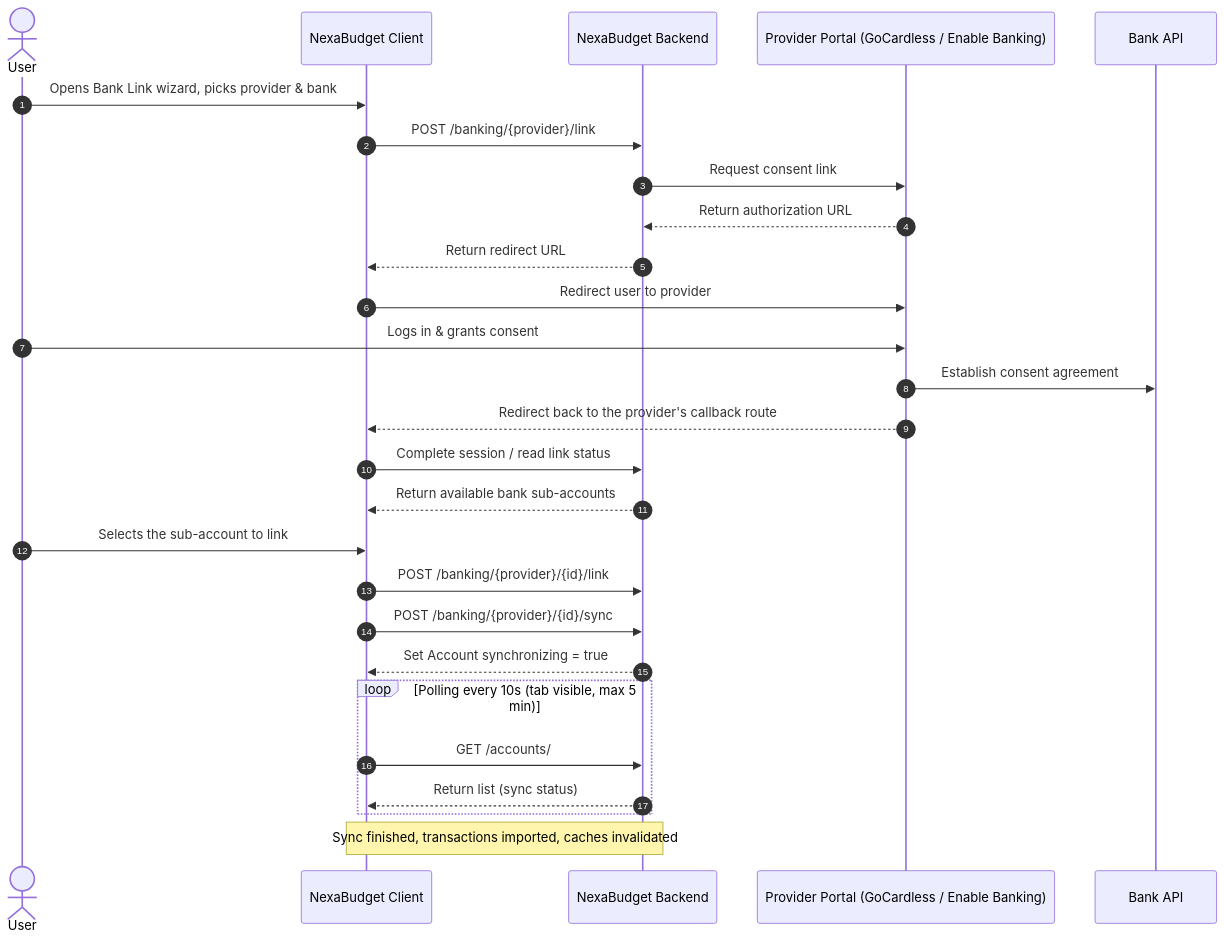
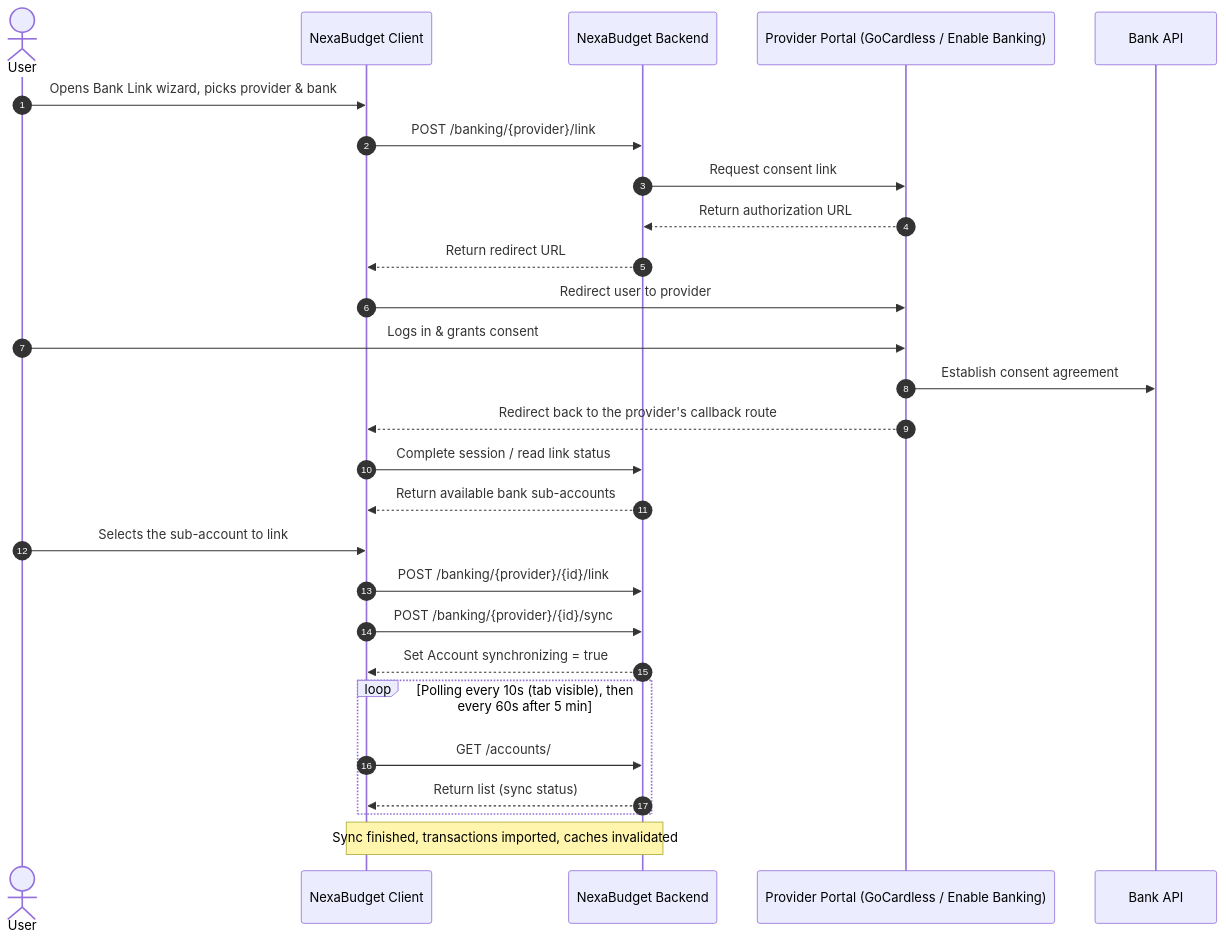
One commit to nico-iaco/nexabudget-fe changed the first of 2 diagrams in docs/integrations.md. Above: the diagram before and after it, drawn with Mermaid. The commit also changed other lines of this file and 67 other files, not shown here.

````diff
--- a/docs/integrations.md
+++ b/docs/integrations.md
@@ -50,30 +51,30 @@
 ```mermaid
 sequenceDiagram
     autonumber
     actor User
     participant App as NexaBudget Client
     participant BE as NexaBudget Backend
     participant P as Provider Portal (GoCardless / Enable Banking)
     participant Bank as Bank API
 
     User->>App: Opens Bank Link wizard, picks provider & bank
     App->>BE: POST /banking/{provider}/link
     BE->>P: Request consent link
     P-->>BE: Return authorization URL
     BE-->>App: Return redirect URL
     App->>P: Redirect user to provider
     User->>P: Logs in & grants consent
     P->>Bank: Establish consent agreement
     P-->>App: Redirect back to the provider's callback route
     App->>BE: Complete session / read link status
     BE-->>App: Return available bank sub-accounts
     User->>App: Selects the sub-account to link
     App->>BE: POST /banking/{provider}/{id}/link
     App->>BE: POST /banking/{provider}/{id}/sync
     BE-->>App: Set Account synchronizing = true
-    loop Polling every 10s (tab visible, max 5 min)
+    loop Polling every 10s (tab visible), then every 60s after 5 min
         App->>BE: GET /accounts/
         BE-->>App: Return list (sync status)
     end
     Note over App, BE: Sync finished, transactions imported, caches invalidated
 ```
````
